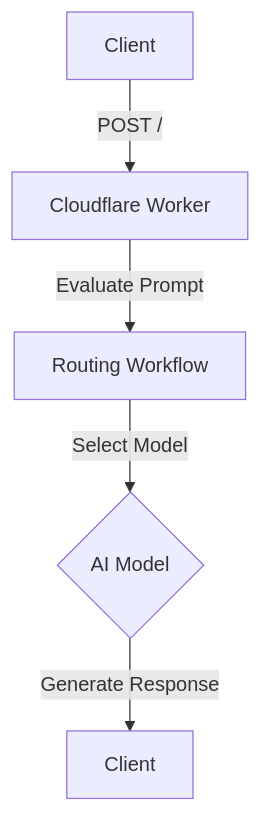
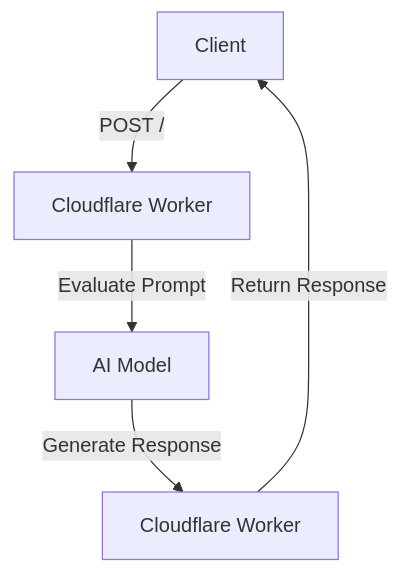
Before and after one commit to reeawnc/cloudflare: the first of 2 diagrams in apps/routing/README.md, drawn with Mermaid. The commit also changed other lines of this file and 18 other files, not shown here.

````diff
--- a/apps/routing/README.md
+++ b/apps/routing/README.md
@@ -70,7 +85,7 @@
 ```mermaid
 graph TD;
     A[Client] -->|POST /| B[Cloudflare Worker]
-    B -->|Evaluate Prompt| C[Routing Workflow]
-    C -->|Select Model| D{AI Model}
-    D -->|Generate Response| E[Client]
+    B -->|Evaluate Prompt| C[AI Model]
+    C -->|Generate Response| D[Cloudflare Worker]
+    D -->|Return Response| A
 ```
````
